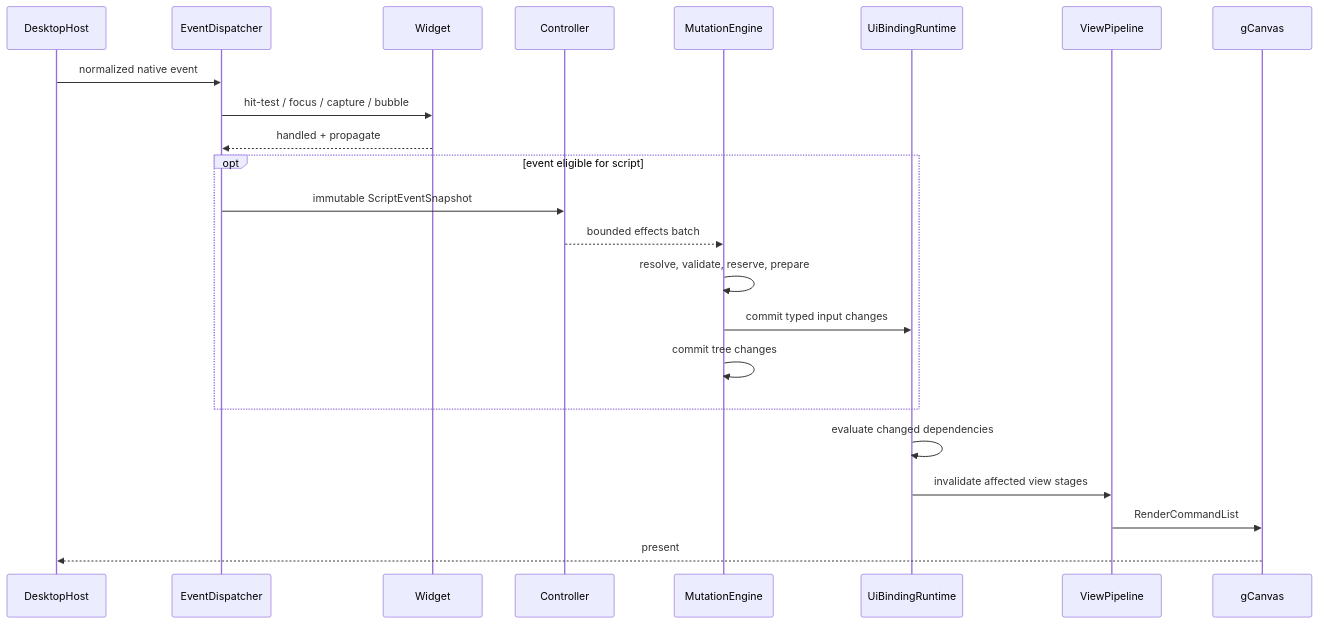
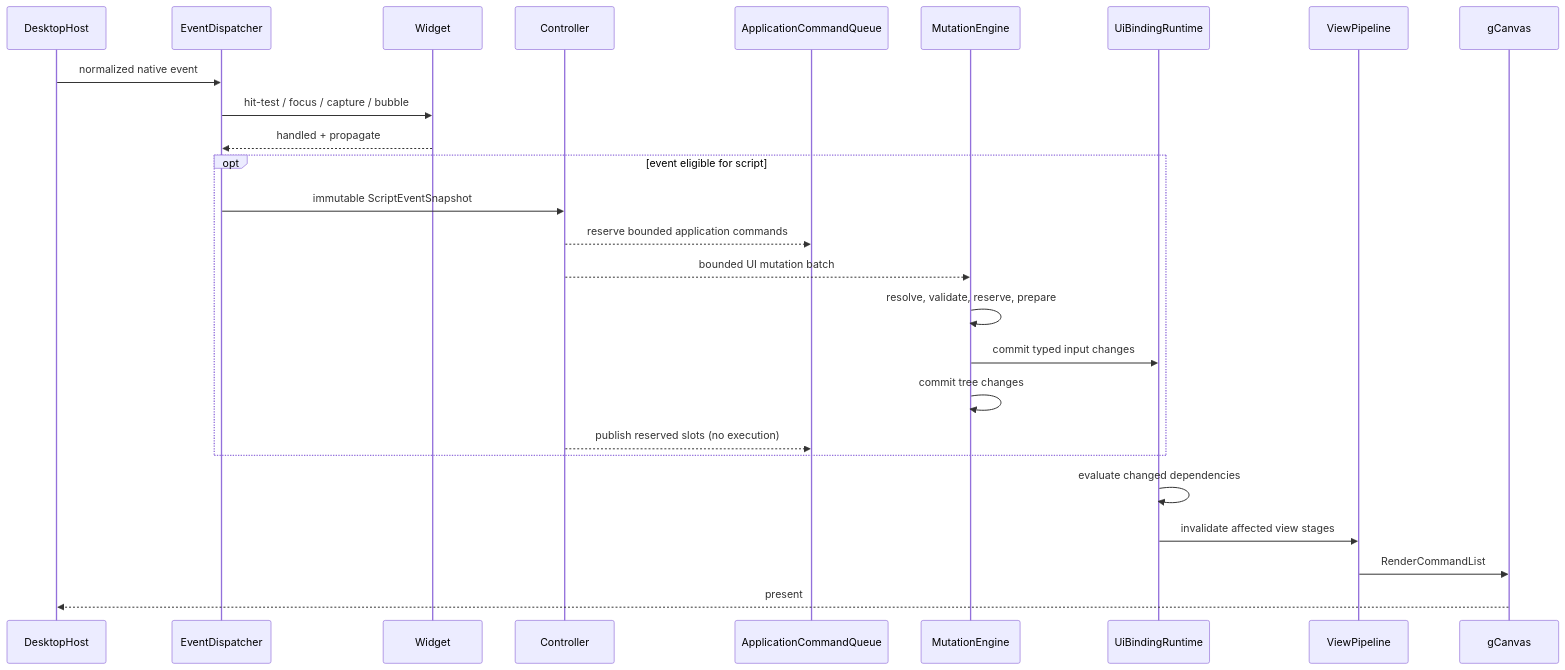
One commit to qigao/stun changed the eighth of 8 diagrams in flexUI/docs/FLEXUI_DESKTOP_DESIGN.md. Above: the diagram before and after it, drawn with Mermaid. The commit also changed other lines of this file and 10 other files, not shown here.

Commit message:
feat: stage application commands after UI commit

````diff
--- a/flexUI/docs/FLEXUI_DESKTOP_DESIGN.md
+++ b/flexUI/docs/FLEXUI_DESKTOP_DESIGN.md
@@ -595,26 +595,29 @@
 ```mermaid
 sequenceDiagram
     participant Host as DesktopHost
     participant Events as EventDispatcher
     participant Widget
     participant Controller
+    participant Commands as ApplicationCommandQueue
     participant Mutations as MutationEngine
     participant Binding as UiBindingRuntime
     participant Pipeline as ViewPipeline
     participant GPU as gCanvas
 
     Host->>Events: normalized native event
     Events->>Widget: hit-test / focus / capture / bubble
     Widget-->>Events: handled + propagate
     opt event eligible for script
         Events->>Controller: immutable ScriptEventSnapshot
-        Controller-->>Mutations: bounded effects batch
+        Controller-->>Commands: reserve bounded application commands
+        Controller-->>Mutations: bounded UI mutation batch
         Mutations->>Mutations: resolve, validate, reserve, prepare
         Mutations->>Binding: commit typed input changes
         Mutations->>Mutations: commit tree changes
+        Controller-->>Commands: publish reserved slots (no execution)
     end
     Binding->>Binding: evaluate changed dependencies
     Binding->>Pipeline: invalidate affected view stages
     Pipeline->>GPU: RenderCommandList
     GPU-->>Host: present
 ```
````
